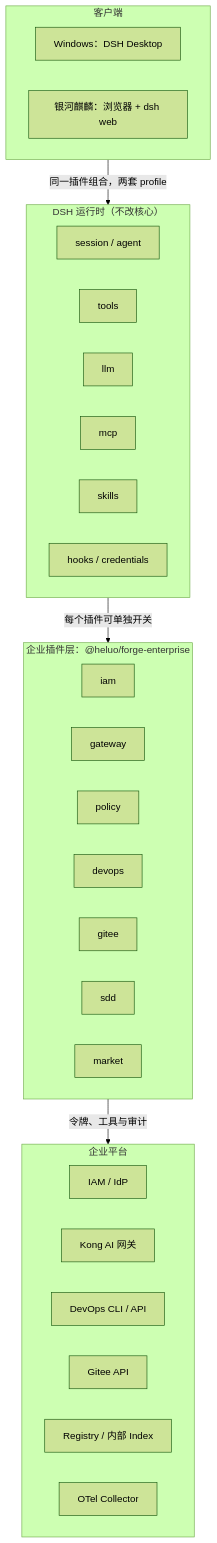
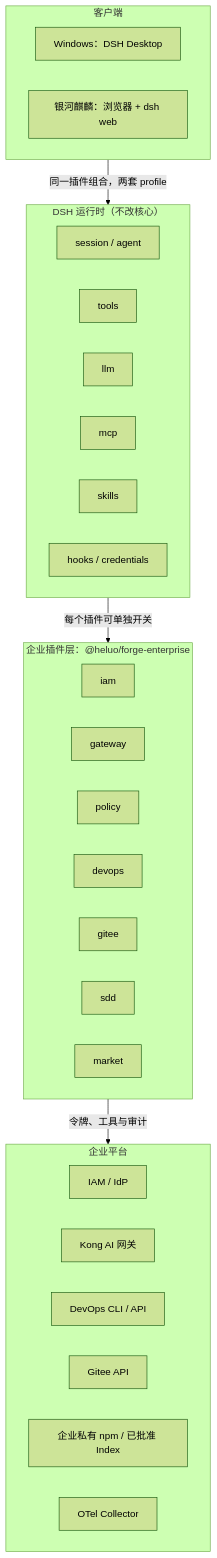
Before and after one commit to hrygo/heluo-forge: the second of 2 diagrams in docs/architecture/platform-architecture.md, drawn with Mermaid (forest theme). The commit also changed other lines of this file and 25 other files, not shown here.

````diff
--- a/docs/architecture/platform-architecture.md
+++ b/docs/architecture/platform-architecture.md
@@ -141,39 +141,39 @@
 ```mermaid
 flowchart TB
   subgraph C["客户端"]
     direction LR
     W["Windows：DSH Desktop"]
     K["银河麒麟：浏览器 + dsh web"]
   end
   subgraph R["DSH 运行时（不改核心）"]
     direction LR
     A["session / agent"]
     T["tools"]
     L["llm"]
     M["mcp"]
     S["skills"]
     H["hooks / credentials"]
   end
   subgraph P["企业插件层：@heluo/forge-enterprise"]
     direction LR
     IAM["iam"]
     GW["gateway"]
     POL["policy"]
     DEV["devops"]
     GIT["gitee"]
     SDD["sdd"]
     MKT["market"]
   end
   subgraph PL["企业平台"]
     direction LR
     IDP["IAM / IdP"]
     KONG["Kong AI 网关"]
     DAPI["DevOps CLI / API"]
     GAPI["Gitee API"]
-    REG["Registry / 内部 Index"]
+    REG["企业私有 npm / 已批准 Index"]
     OT["OTel Collector"]
   end
   C -->|"同一插件组合，两套 profile"| R
   R -->|"每个插件可单独开关"| P
   P -->|"令牌、工具与审计"| PL
 ```
````
